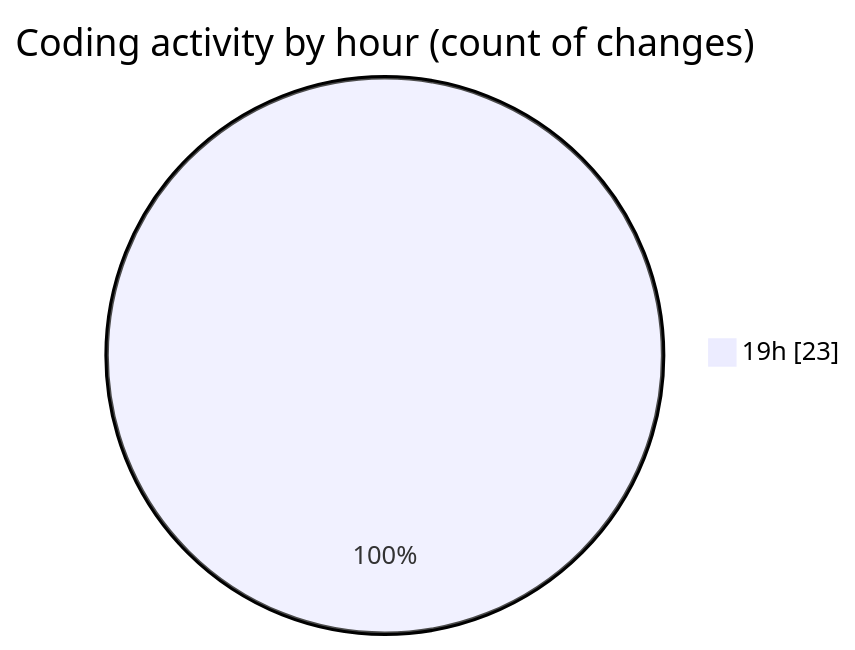
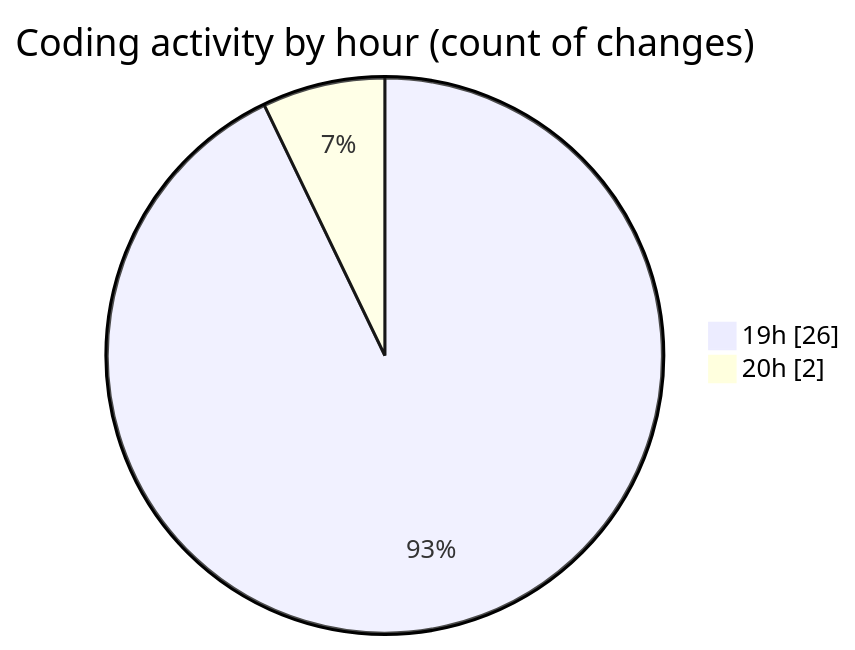
The second of 2 diagrams in 2025-08-24/javascript/README.md (Ritupan-Deka/code-tracking), drawn with Mermaid before and after one commit. The commit also changed other lines of this file and 1 other file, not shown here.

````diff
--- a/2025-08-24/javascript/README.md
+++ b/2025-08-24/javascript/README.md
@@ -32,5 +32,6 @@
 ```mermaid
 pie showData
 title Coding activity by hour (count of changes)
-"19h" : 23
+"19h" : 26
+"20h" : 2
 ```
````
